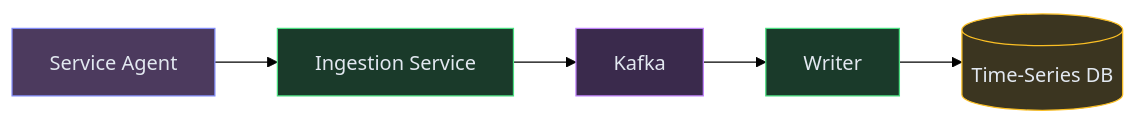
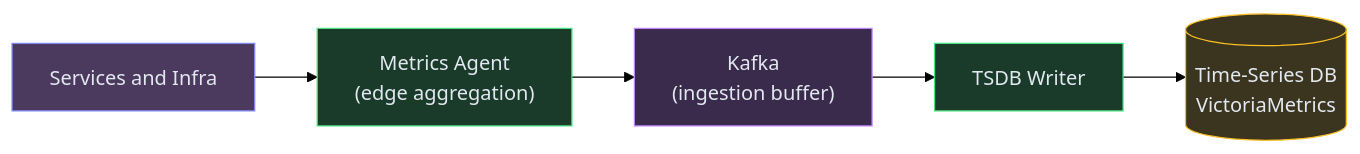
Before and after one commit to iluzn/HLD-Designs: the second of 7 diagrams in content/hld/MetricsMonitoring.md, drawn with Mermaid (forest theme). The commit also changed other lines of this file and 26 other files, not shown here.

````diff
--- a/content/hld/MetricsMonitoring.md
+++ b/content/hld/MetricsMonitoring.md
@@ -101,18 +173,18 @@
 ```mermaid
 flowchart LR
-    AGENT["Service Agent"]:::client
-    INGEST["Ingestion Service"]:::service
-    KAFKA["Kafka"]:::async
-    WRITER["Writer"]:::service
-    TSDB[("Time-Series DB")]:::data
+    APPS["Services and Infra"]:::client
+    AGENT["Metrics Agent<br/>(edge aggregation)"]:::service
+    KAFKA["Kafka<br/>(ingestion buffer)"]:::async
+    WRITER["TSDB Writer"]:::service
+    TSDB[("Time-Series DB<br/>VictoriaMetrics")]:::data
 
-    AGENT --> INGEST
-    INGEST --> KAFKA
+    APPS --> AGENT
+    AGENT --> KAFKA
     KAFKA --> WRITER
     WRITER --> TSDB
 
     classDef client fill:#4c3a5e,stroke:#818cf8,color:#e2e8f0
     classDef service fill:#1a3a2a,stroke:#4ade80,color:#e2e8f0
     classDef data fill:#3b3520,stroke:#fbbf24,color:#e2e8f0
     classDef async fill:#3a2a4c,stroke:#c084fc,color:#e2e8f0
 ```
````
